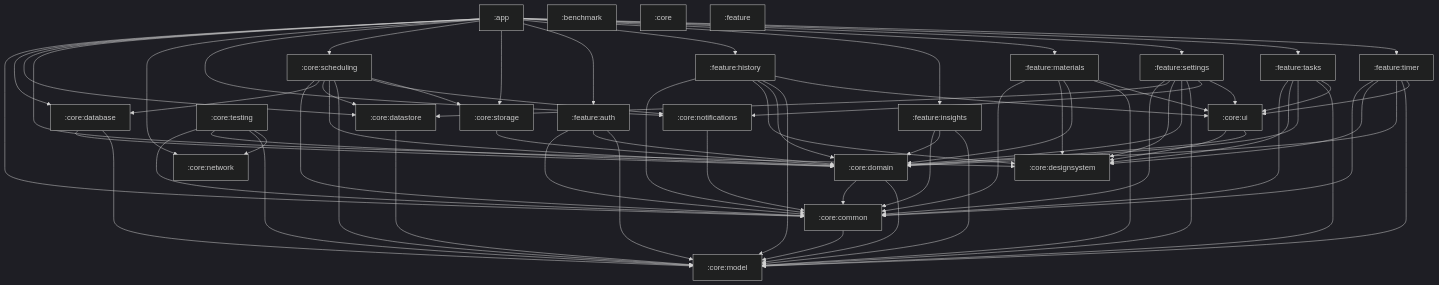
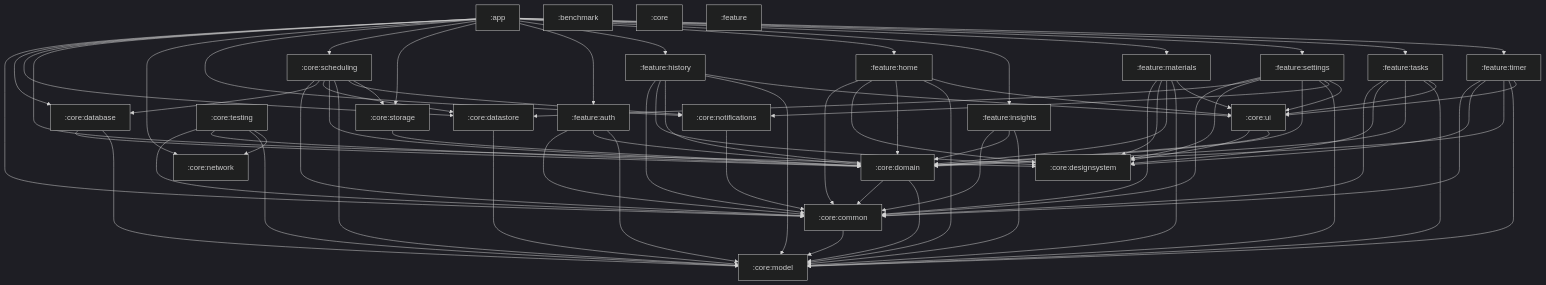
The diagram in docs/module-graph.md (konarsubhojit/study-app), drawn with Mermaid (dark theme) before and after one commit. The commit also changed other lines of this file and 16 other files, not shown here.

```diff
--- a/docs/module-graph.md
+++ b/docs/module-graph.md
@@ -25,6 +25,7 @@
     feature[":feature"]
     feature_auth[":feature:auth"]
     feature_history[":feature:history"]
+    feature_home[":feature:home"]
     feature_insights[":feature:insights"]
     feature_materials[":feature:materials"]
     feature_settings[":feature:settings"]
@@ -40,6 +41,7 @@
     app --> core_storage
     app --> feature_auth
     app --> feature_history
+    app --> feature_home
     app --> feature_insights
     app --> feature_materials
     app --> feature_settings
@@ -74,6 +76,11 @@
     feature_history --> core_domain
     feature_history --> core_model
     feature_history --> core_ui
+    feature_home --> core_common
+    feature_home --> core_designsystem
+    feature_home --> core_domain
+    feature_home --> core_model
+    feature_home --> core_ui
     feature_insights --> core_common
     feature_insights --> core_domain
     feature_insights --> core_model
```
